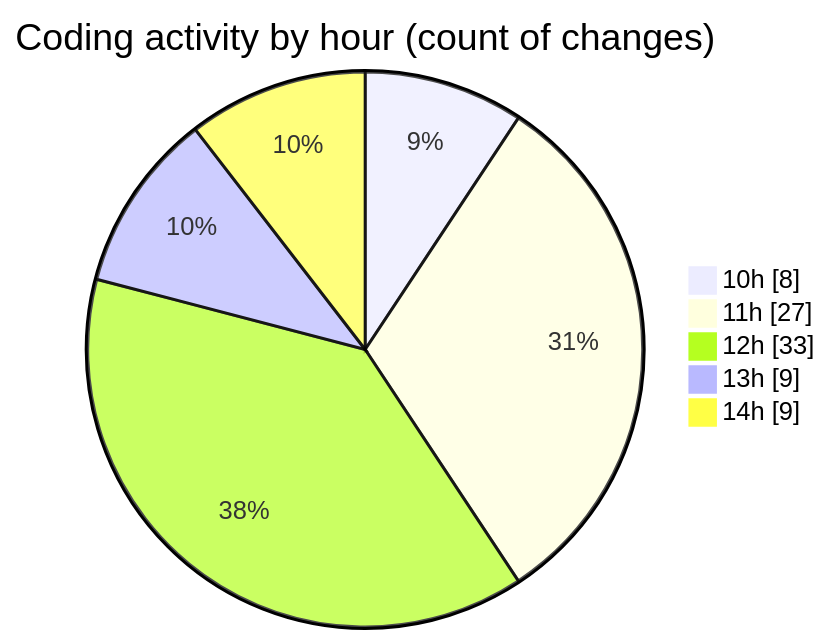
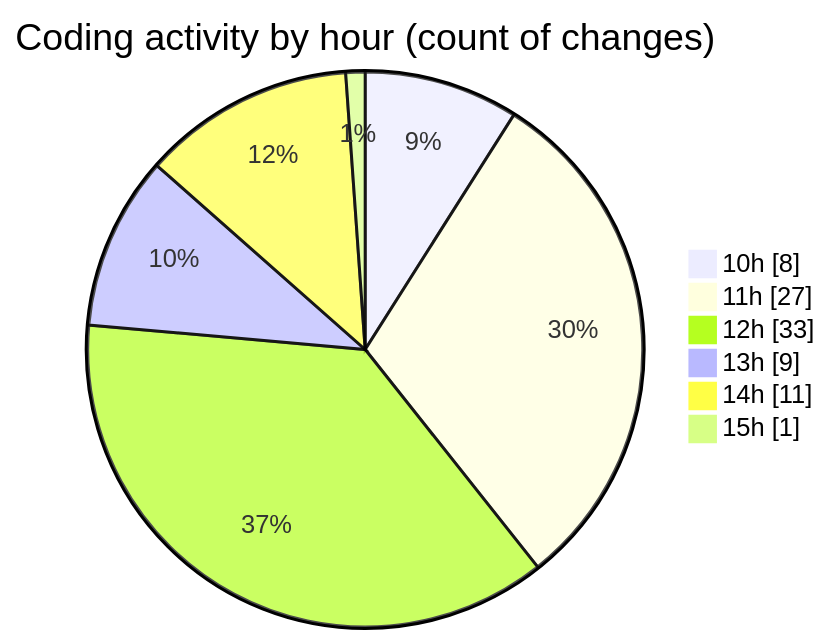
One commit to nxtqubesakshisongat/code-tracking changed the second of 2 diagrams in 2025-09-29/nxtqube_webapp/README.md. Above: the diagram before and after it, drawn with Mermaid. The commit also changed other lines of this file and 1 other file, not shown here.

````diff
--- a/2025-09-29/nxtqube_webapp/README.md
+++ b/2025-09-29/nxtqube_webapp/README.md
@@ -31,9 +31,10 @@
 ```mermaid
 pie showData
 title Coding activity by hour (count of changes)
 "10h" : 8
 "11h" : 27
 "12h" : 33
 "13h" : 9
-"14h" : 9
+"14h" : 11
+"15h" : 1
 ```
````
